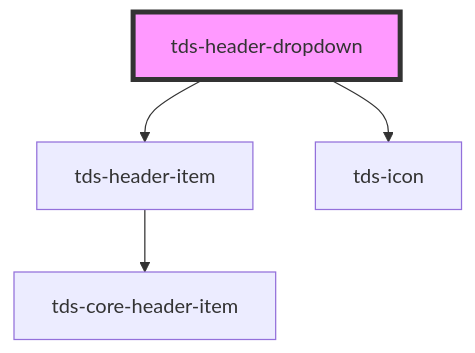
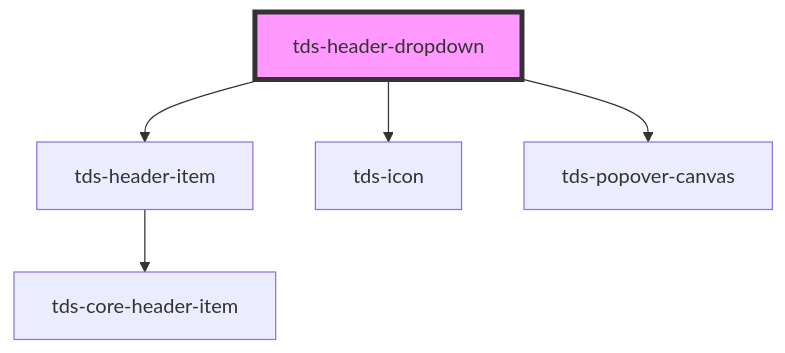
Before and after one commit to scania-digital-design-system/tegel: the diagram in core/src/components/header/header-dropdown/readme.md, drawn with Mermaid. The commit also changed other lines of this file and 73 other files, not shown here.

````diff
--- a/core/src/components/header/header-dropdown/readme.md
+++ b/core/src/components/header/header-dropdown/readme.md
@@ -25,7 +26,8 @@
 ```mermaid
 graph TD;
   tds-header-dropdown --> tds-header-item
   tds-header-dropdown --> tds-icon
+  tds-header-dropdown --> tds-popover-canvas
   tds-header-item --> tds-core-header-item
   style tds-header-dropdown fill:#f9f,stroke:#333,stroke-width:4px
 ```
````
